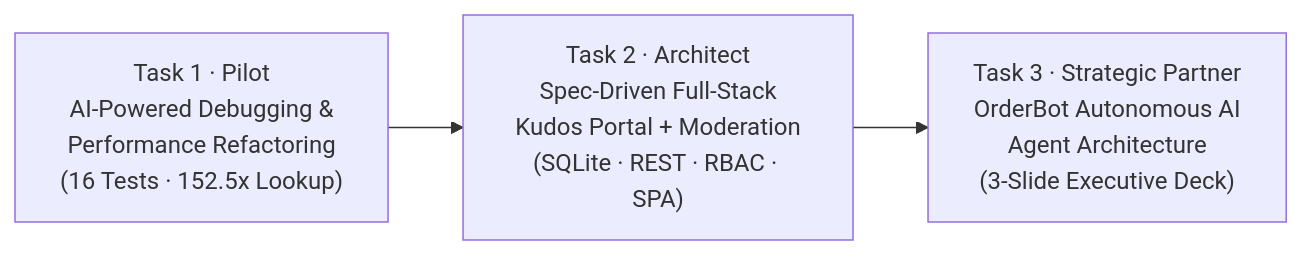
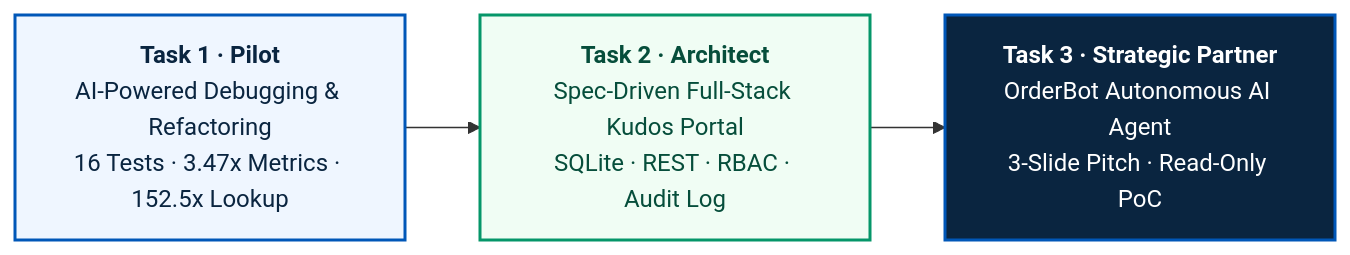
The diagram in README.md (Shadows-Zed/datacom-automation-ai-accelerator), drawn with Mermaid before and after one commit. The commit also changed 3 other files, not shown here.

Commit message:
chore: polish Mermaid diagrams, trim UI screenshot, and upgrade CI to Node 24 actions

````diff
--- a/README.md
+++ b/README.md
@@ -16,8 +16,12 @@
 ```mermaid
 flowchart LR
-    T1["Task 1 · Pilot\nAI-Powered Debugging &\nPerformance Refactoring\n(16 Tests · 152.5x Lookup)"]
-    T2["Task 2 · Architect\nSpec-Driven Full-Stack\nKudos Portal + Moderation\n(SQLite · REST · RBAC · SPA)"]
-    T3["Task 3 · Strategic Partner\nOrderBot Autonomous AI\nAgent Architecture\n(3-Slide Executive Deck)"]
+    T1["<b>Task 1 · Pilot</b><br/>AI-Powered Debugging & Refactoring<br/>16 Tests · 3.47x Metrics · 152.5x Lookup"]
+    T2["<b>Task 2 · Architect</b><br/>Spec-Driven Full-Stack Kudos Portal<br/>SQLite · REST · RBAC · Audit Log"]
+    T3["<b>Task 3 · Strategic Partner</b><br/>OrderBot Autonomous AI Agent<br/>3-Slide Pitch · Read-Only PoC"]
 
     T1 --> T2 --> T3
+
+    style T1 fill:#EFF6FF,stroke:#0057B8,stroke-width:2px,color:#0A2540
+    style T2 fill:#F0FDF4,stroke:#059669,stroke-width:2px,color:#064E3B
+    style T3 fill:#0A2540,stroke:#0057B8,stroke-width:2px,color:#FFFFFF
 ```
````
